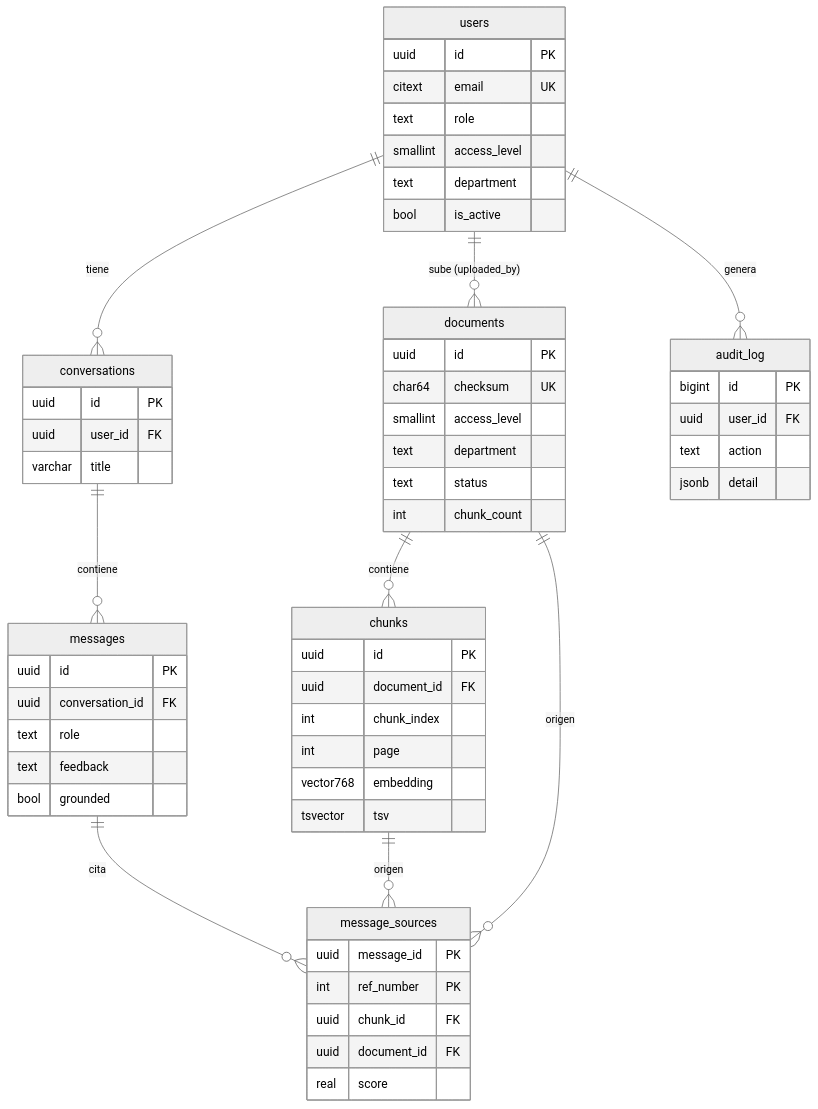
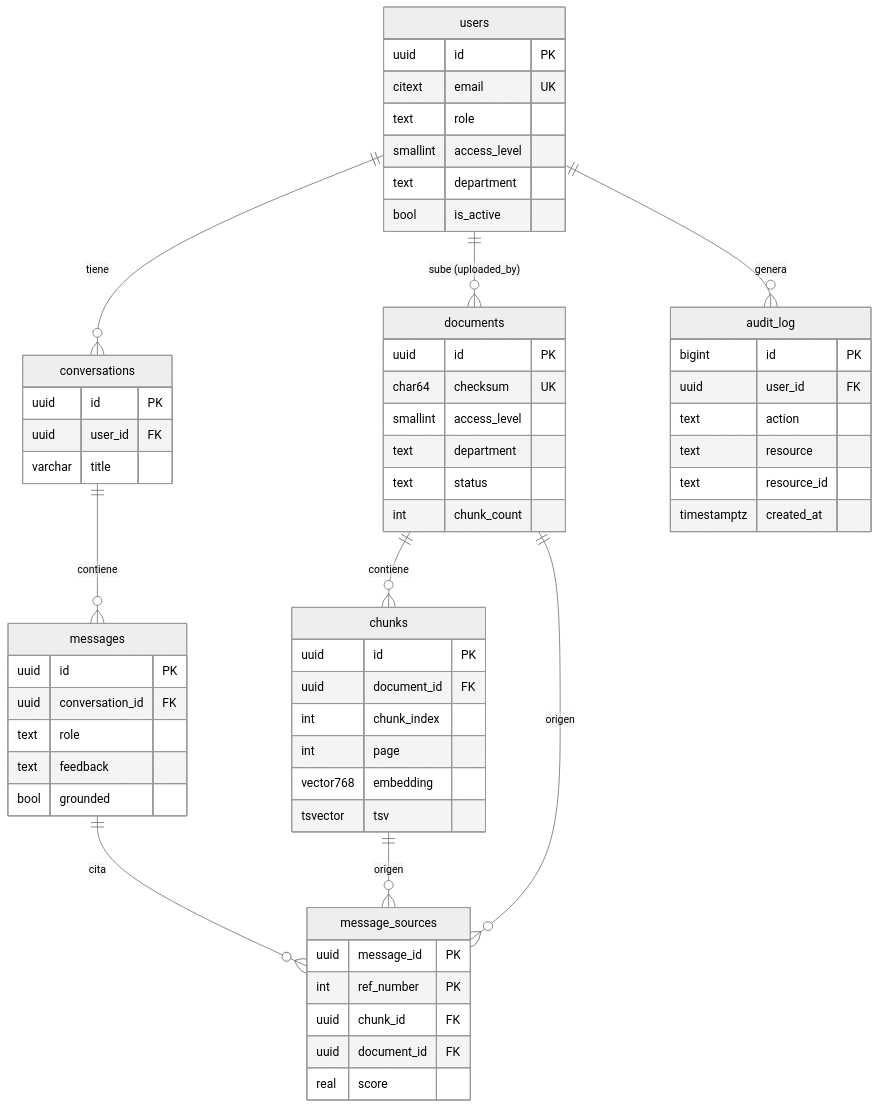
Before and after one commit to NIXOcf/DocuLocal: the diagram in db/README.md, drawn with Mermaid (neutral theme). The commit also changed 20 other files, not shown here.

````diff
--- a/db/README.md
+++ b/db/README.md
@@ -7,60 +7,62 @@
 ```mermaid
 erDiagram
     users ||--o{ documents : "sube (uploaded_by)"
     users ||--o{ conversations : tiene
     users ||--o{ audit_log : genera
     documents ||--o{ chunks : contiene
     conversations ||--o{ messages : contiene
     messages ||--o{ message_sources : cita
     chunks ||--o{ message_sources : origen
     documents ||--o{ message_sources : origen
     users {
         uuid id PK
         citext email UK
         text role
         smallint access_level
         text department
         bool is_active
     }
     documents {
         uuid id PK
         char64 checksum UK
         smallint access_level
         text department
         text status
         int chunk_count
     }
     chunks {
         uuid id PK
         uuid document_id FK
         int chunk_index
         int page
         vector768 embedding
         tsvector tsv
     }
     conversations {
         uuid id PK
         uuid user_id FK
         varchar title
     }
     messages {
         uuid id PK
         uuid conversation_id FK
         text role
         text feedback
         bool grounded
     }
     message_sources {
         uuid message_id PK
         int ref_number PK
         uuid chunk_id FK
         uuid document_id FK
         real score
     }
     audit_log {
         bigint id PK
         uuid user_id FK
         text action
-        jsonb detail
+        text resource
+        text resource_id
+        timestamptz created_at
     }
 ```
````
